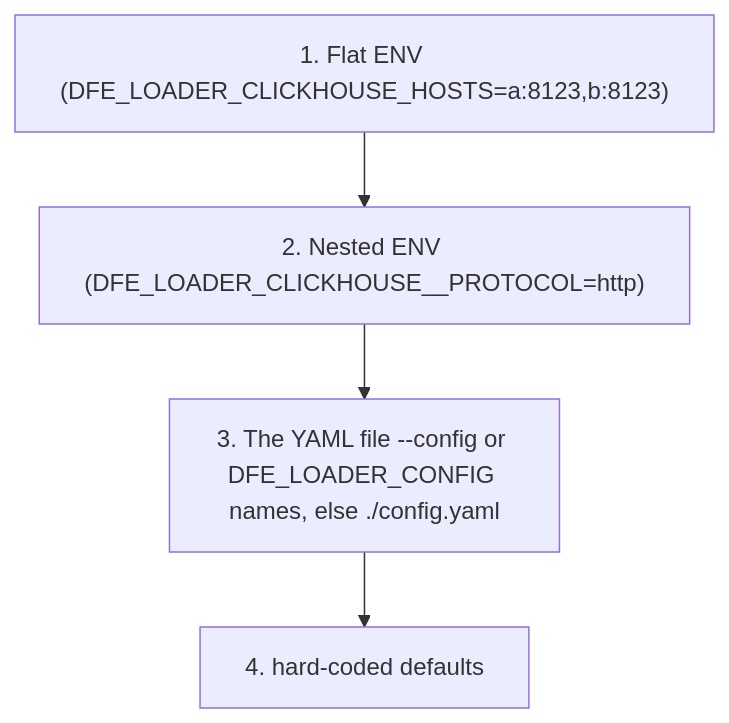
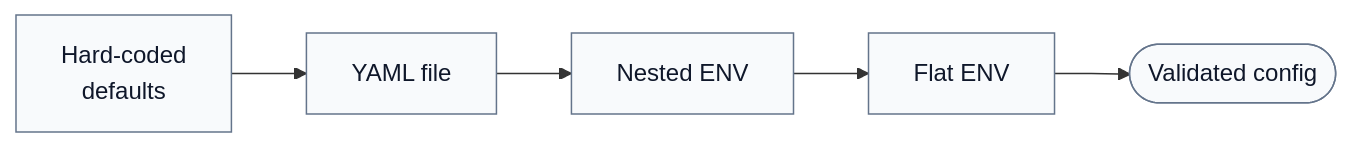
Before and after one commit to hyperi-io/dfe-loader: the diagram in docs/configuration.md, drawn with Mermaid. The commit also changed other lines of this file and 33 other files, not shown here.

First line of the commit message:
docs(loader): fix Eleven claims and redraw diagrams

````diff
--- a/docs/configuration.md
+++ b/docs/configuration.md
@@ -15,8 +15,15 @@
 ```mermaid
-flowchart TB
-    FLAT["1. Flat ENV (DFE_LOADER_CLICKHOUSE_HOSTS=a:8123,b:8123)"]
-    ENV["2. Nested ENV (DFE_LOADER_CLICKHOUSE__PROTOCOL=http)"]
-    YAML["3. The YAML file --config or DFE_LOADER_CONFIG names, else ./config.yaml"]
-    HARD["4. hard-coded defaults"]
-    FLAT --> ENV --> YAML --> HARD
+flowchart LR
+    accTitle: L4 Detail -- Config cascade
+    accDescr: The loader starts from its hard-coded defaults, applies the YAML file over them, then the nested ENV variables, then the flat ENV variables, and validates the result.
+
+    defaults["Hard-coded<br/>defaults"]
+    file["YAML file"]
+    nested["Nested ENV"]
+    flat["Flat ENV"]
+    config(["Validated config"])
+
+    defaults --> file --> nested --> flat --> config
+
+    classDef default fill:#F8FAFC,stroke:#64748B,stroke-width:1px,color:#0F172A
 ```
````
